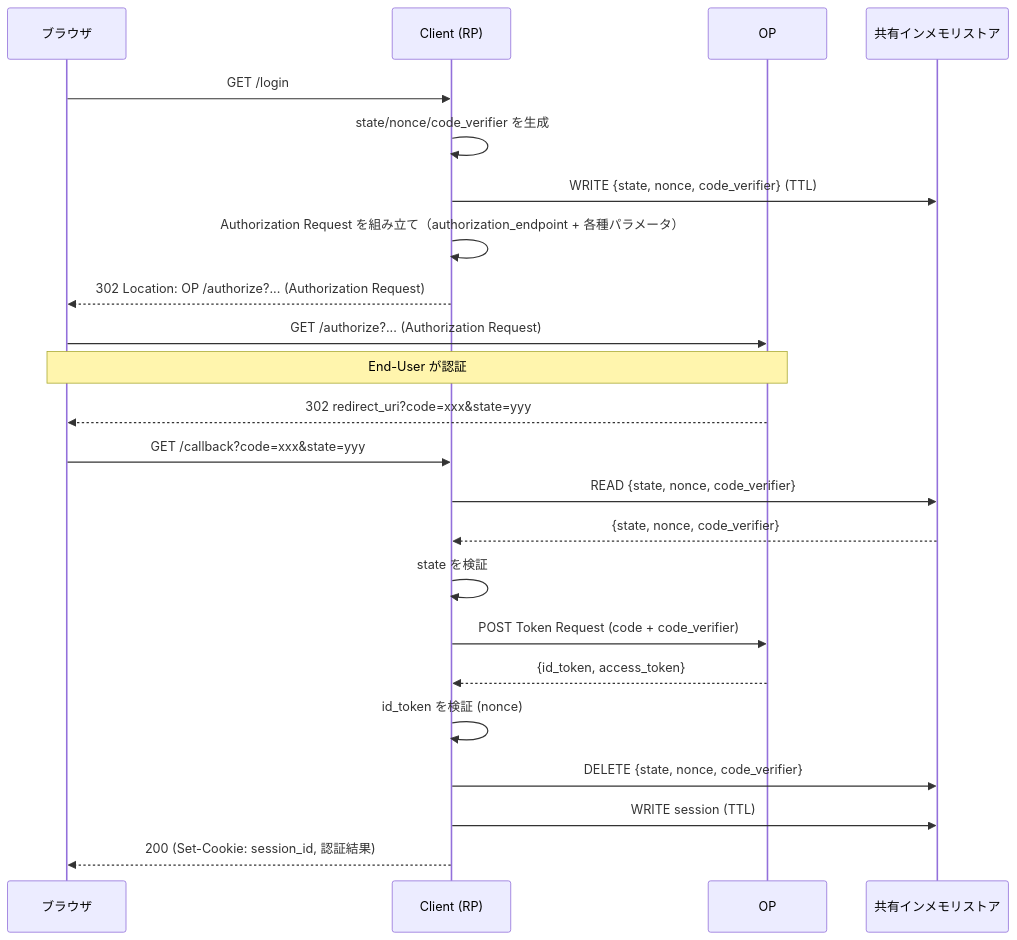
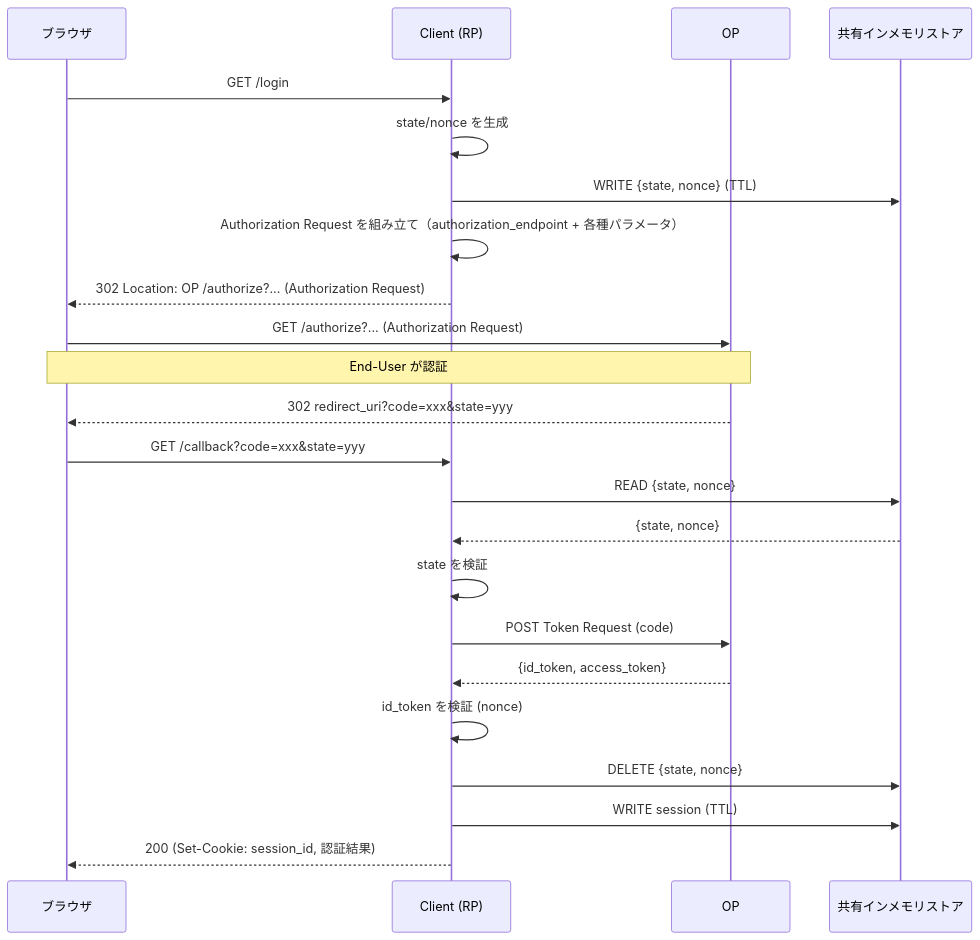
One commit to zami-t/oidc-client-tutorial changed the second of 2 diagrams in .claude/rules/system-archtecture.md. Above: the diagram before and after it, drawn with Mermaid. The commit also changed 3 other files, not shown here.

````diff
--- a/.claude/rules/system-archtecture.md
+++ b/.claude/rules/system-archtecture.md
@@ -44,30 +44,30 @@
 ```mermaid
 sequenceDiagram
     participant Browser as ブラウザ
     participant RP as Client (RP)
     participant OP as OP
     participant Store as 共有インメモリストア
 
     Browser->>RP: GET /login
-    RP->>RP: state/nonce/code_verifier を生成
-    RP->>Store: WRITE {state, nonce, code_verifier} (TTL)
+    RP->>RP: state/nonce を生成
+    RP->>Store: WRITE {state, nonce} (TTL)
     RP->>RP: Authorization Request を組み立て（authorization_endpoint + 各種パラメータ）
     RP-->>Browser: 302 Location: OP /authorize?... (Authorization Request)
 
     Browser->>OP: GET /authorize?... (Authorization Request)
     Note over Browser,OP: End-User が認証
     OP-->>Browser: 302 redirect_uri?code=xxx&state=yyy
 
     Browser->>RP: GET /callback?code=xxx&state=yyy
-    RP->>Store: READ {state, nonce, code_verifier}
-    Store-->>RP: {state, nonce, code_verifier}
+    RP->>Store: READ {state, nonce}
+    Store-->>RP: {state, nonce}
     RP->>RP: state を検証
 
-    RP->>OP: POST Token Request (code + code_verifier)
+    RP->>OP: POST Token Request (code)
     OP-->>RP: {id_token, access_token}
     RP->>RP: id_token を検証 (nonce)
 
-    RP->>Store: DELETE {state, nonce, code_verifier}
+    RP->>Store: DELETE {state, nonce}
     RP->>Store: WRITE session (TTL)
     RP-->>Browser: 200 (Set-Cookie: session_id, 認証結果)
 ```
````
